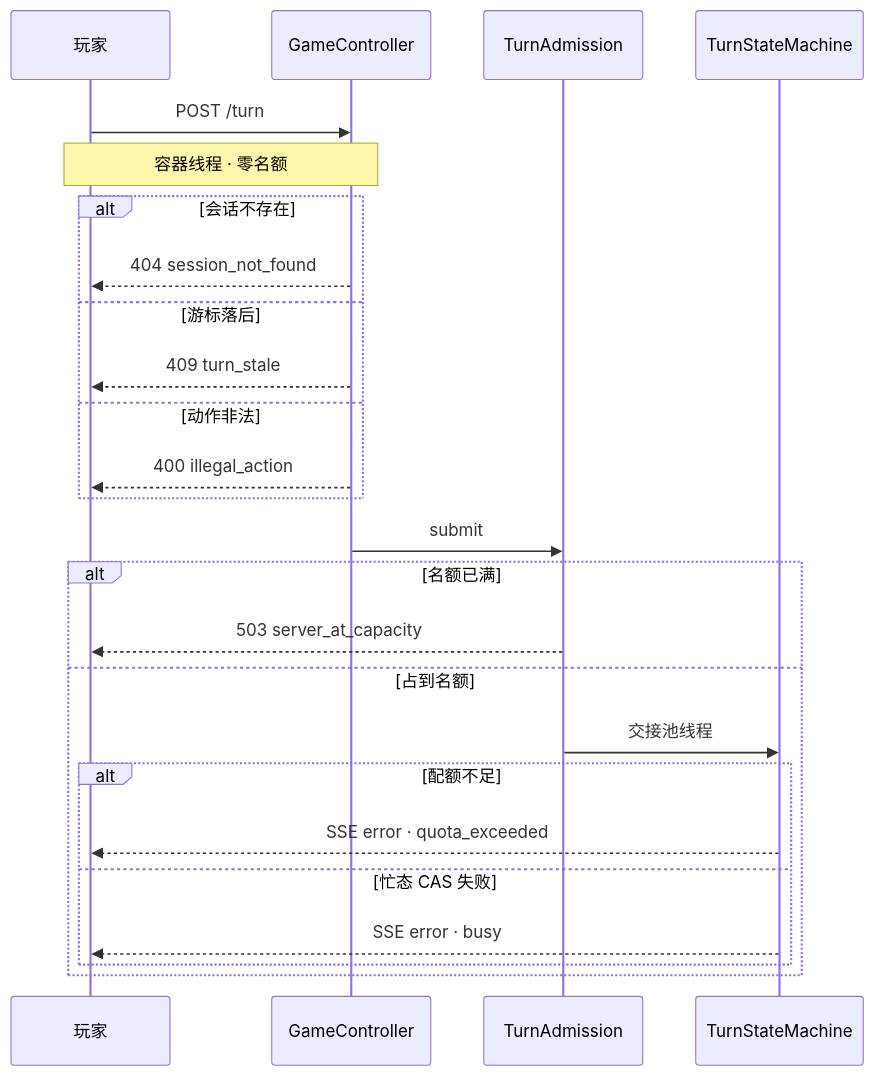
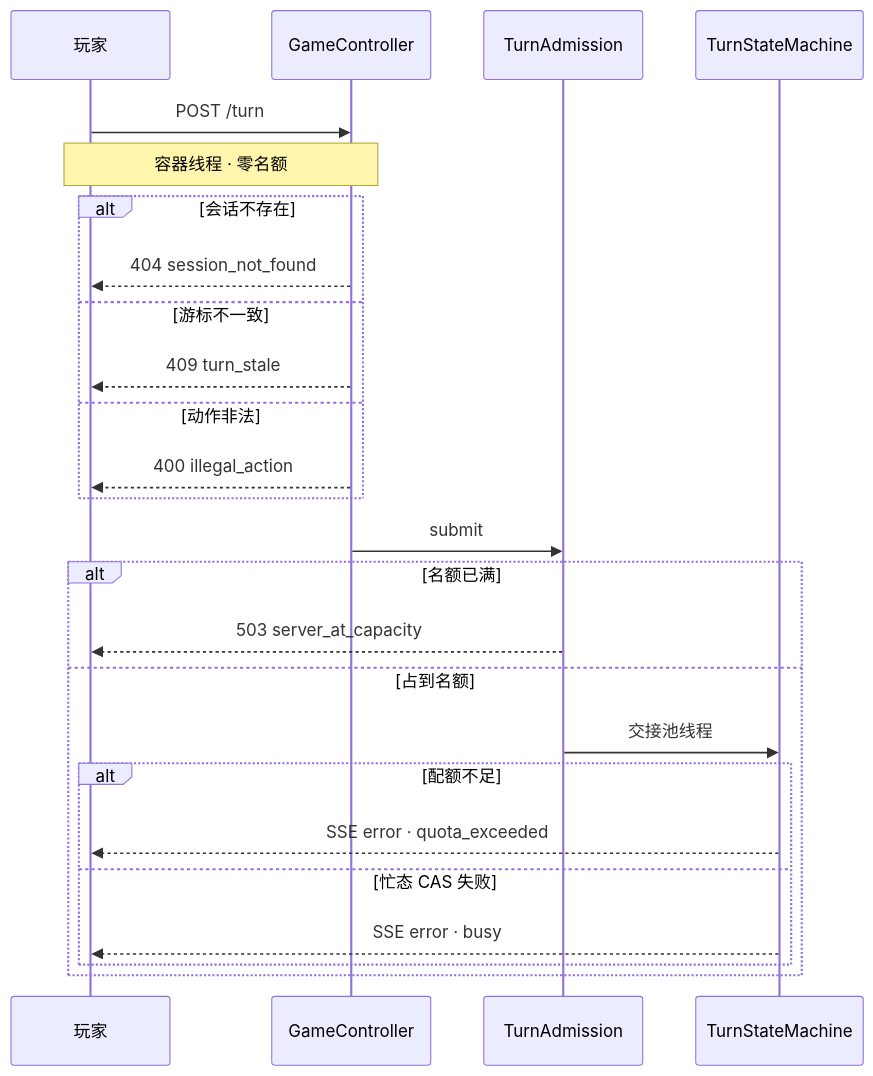
The second of 3 diagrams in docs/architecture.md (felixQAQ-edu/ai-universe-simulator), drawn with Mermaid before and after one commit. The commit also changed other lines of this file and 2 other files, not shown here.

First line of the commit message:
docs(adr-027): 刀 2 活状态格 + ROADMAP 记录;architecture.md 拒绝链「落后」→「不一致」

````diff
--- a/docs/architecture.md
+++ b/docs/architecture.md
@@ -70,28 +70,28 @@
 ```mermaid
 sequenceDiagram
     participant P as 玩家
     participant C as GameController
     participant A as TurnAdmission
     participant M as TurnStateMachine
 
     P->>C: POST /turn
     Note over P,C: 容器线程 · 零名额
     alt 会话不存在
         C-->>P: 404 session_not_found
-    else 游标落后
+    else 游标不一致
         C-->>P: 409 turn_stale
     else 动作非法
         C-->>P: 400 illegal_action
     end
     C->>A: submit
     alt 名额已满
         A-->>P: 503 server_at_capacity
     else 占到名额
         A->>M: 交接池线程
         alt 配额不足
             M-->>P: SSE error · quota_exceeded
         else 忙态 CAS 失败
             M-->>P: SSE error · busy
         end
     end
 ```
````
